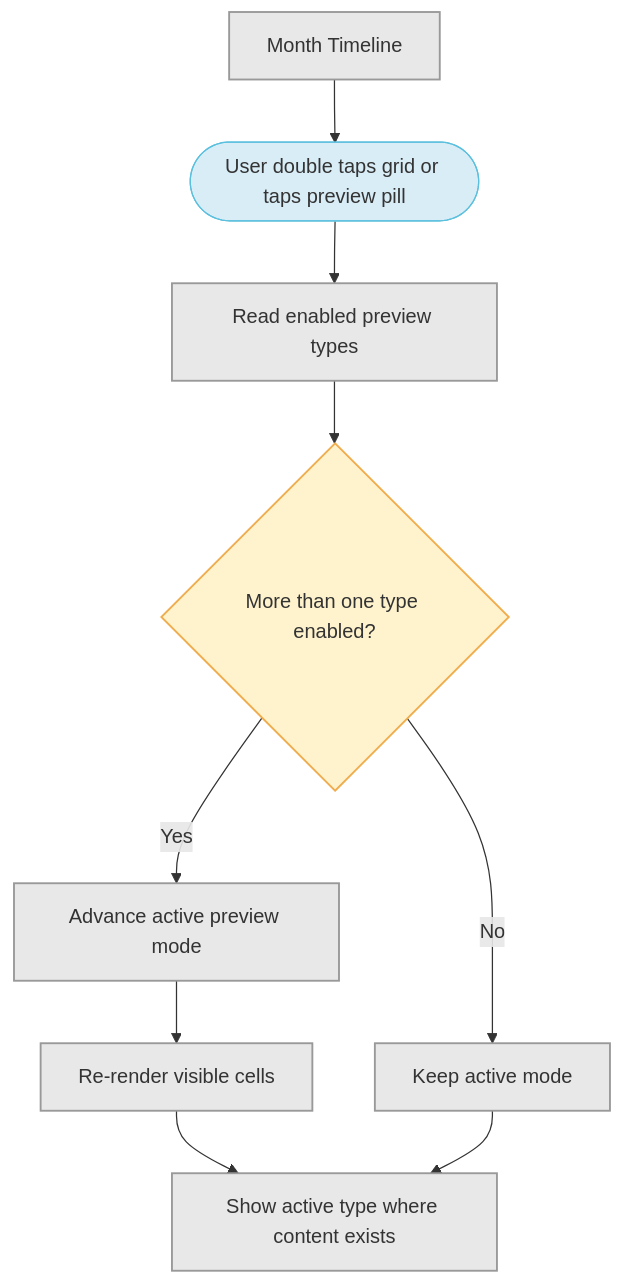
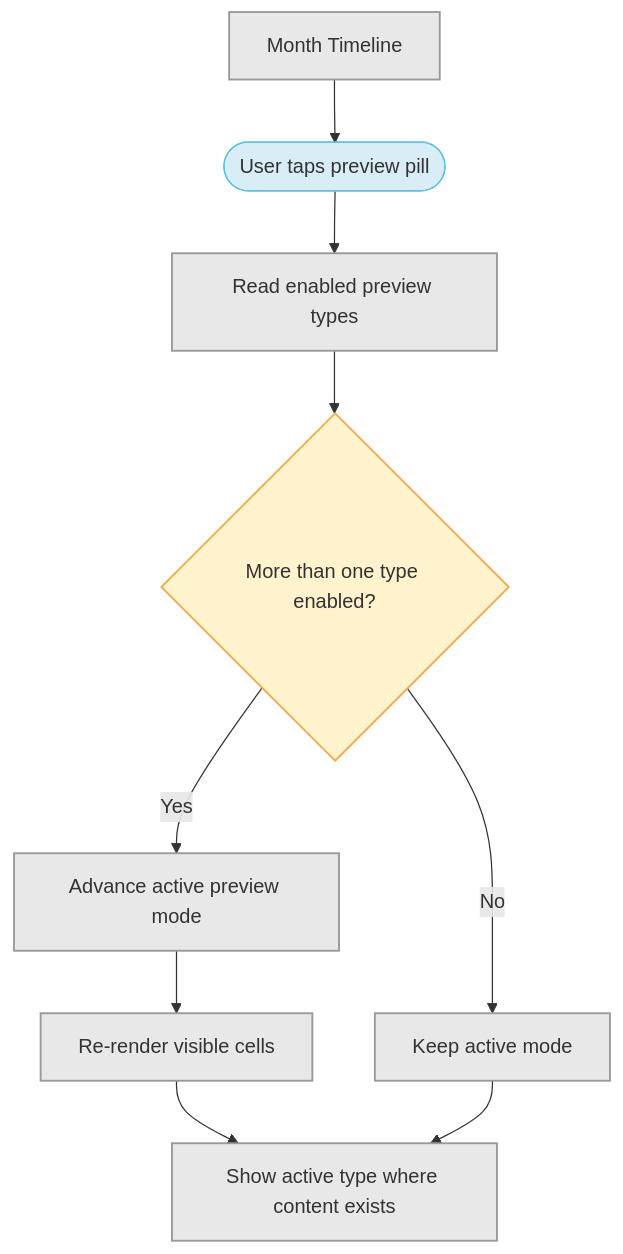
The diagram in docs/ux-flows/diagrams/uc-005-change-the-global-visible-preview-mode/flow.md (ukkodeveloper/toda-calendar), drawn with Mermaid before and after one commit. The commit also changed 23 other files, not shown here.

````diff
--- a/docs/ux-flows/diagrams/uc-005-change-the-global-visible-preview-mode/flow.md
+++ b/docs/ux-flows/diagrams/uc-005-change-the-global-visible-preview-mode/flow.md
@@ -3,18 +3,18 @@
 ```mermaid
 graph TD
-    A["Month Timeline"] --> B([User double taps grid or taps preview pill])
+    A["Month Timeline"] --> B([User taps preview pill])
     B --> C["Read enabled preview types"]
     C --> D{"More than one type enabled?"}
     D -- "No" --> E["Keep active mode"]
     D -- "Yes" --> F["Advance active preview mode"]
     F --> G["Re-render visible cells"]
     G --> H["Show active type where content exists"]
     E --> H
 
     classDef screen fill:#e8e8e8,stroke:#999,stroke-width:1.5px;
     classDef decision fill:#fff3cd,stroke:#f0ad4e,stroke-width:1.5px;
     classDef action fill:#d9edf7,stroke:#5bc0de,stroke-width:1px;
     class A,C,E,F,G,H screen
     class D decision
     class B action
 ```
````
